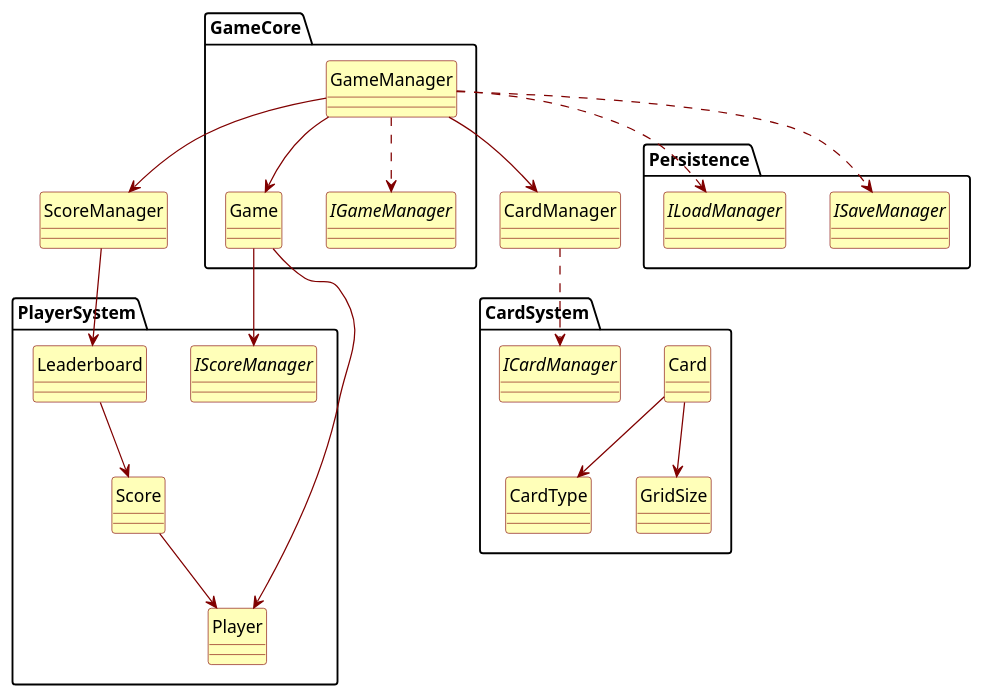
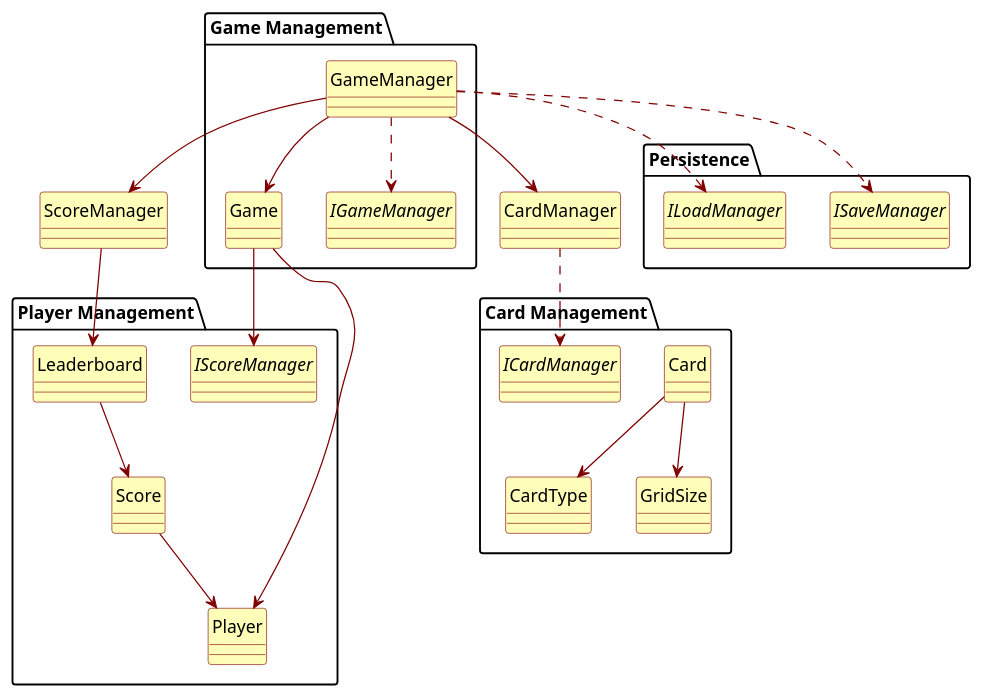
One commit to PosiTr0n505/Game-Memory changed the diagram in src/Docs/Diagrammes/paquetage.md. Above: the diagram before and after it, drawn with PlantUML.

Commit message:
Mise à jour de 'src/Docs/Diagrammes/paquetage.md'

````diff
--- a/src/Docs/Diagrammes/paquetage.md
+++ b/src/Docs/Diagrammes/paquetage.md
@@ -1,57 +1,57 @@
 ``` plantuml
 @startuml
 hide circle
 allowmixing
 skinparam classAttributeIconSize 0
 skinparam classBackgroundColor #ffffb9
 skinparam classBorderColor #800000
 skinparam classArrowColor #800000
 skinparam classFontColor black
 skinparam classFontName Tahoma
 
-package "GameCore" {
+package "Game Management" {
     class GameManager
     class Game
     interface IGameManager
 }
 
-package "PlayerSystem" {
+package "Player Management" {
     class Player
     class Score
     class Leaderboard
     interface IScoreManager
 }
 
-package "CardSystem" {
+package "Card Management" {
     class Card
     enum CardType
     enum GridSize
     interface ICardManager
 }
 
 package "Persistence" {
     interface ISaveManager
     interface ILoadManager
 }
 
-' Dépendances (exactes selon le diagramme de classes fourni)
+
 GameManager --> Game
 GameManager ..> IGameManager
 GameManager --> CardManager
 GameManager --> ScoreManager
 GameManager ..> ISaveManager
 GameManager ..> ILoadManager
 
 Game --> Player
 Game --> IScoreManager
 
 ScoreManager --> Leaderboard
 Leaderboard --> Score
 Score --> Player
 
 CardManager ..> ICardManager
 Card --> GridSize
 Card --> CardType
 
 @enduml
 ```
````
